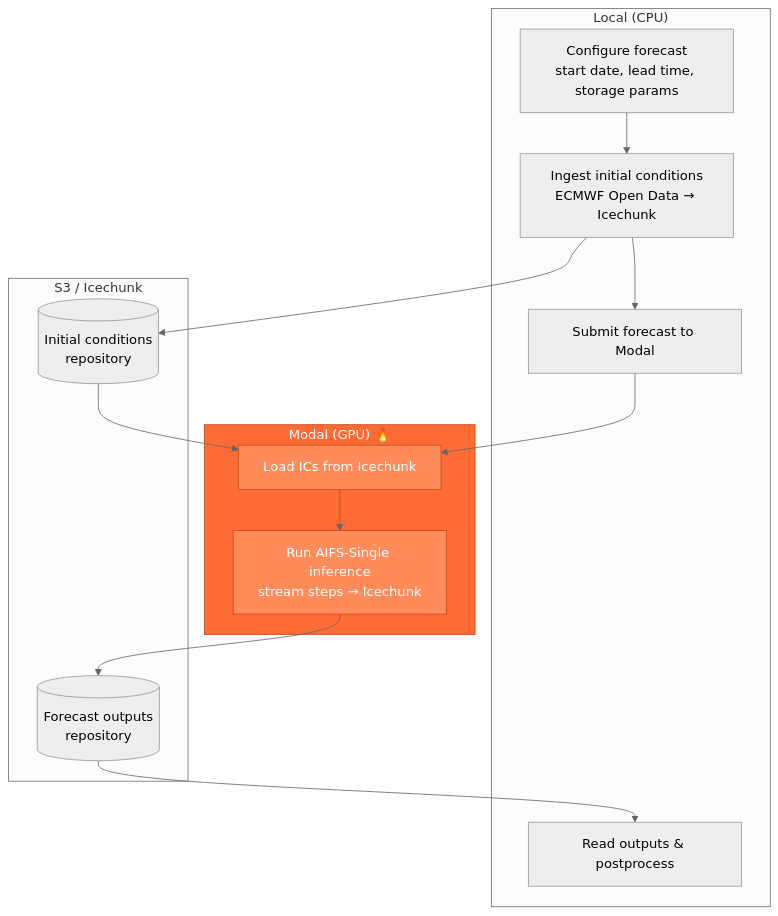
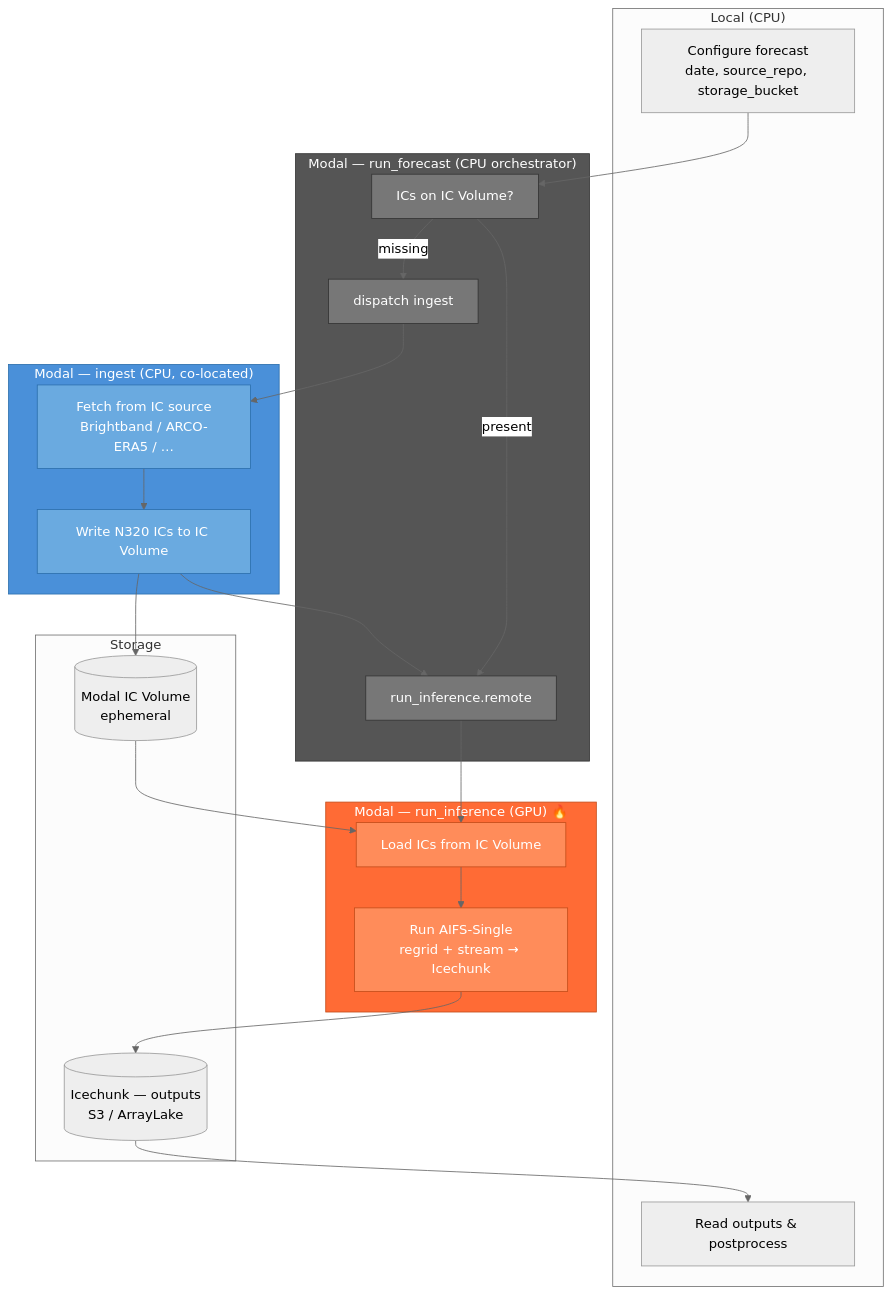
One commit to martibosch/aifs-modal changed the first of 3 diagrams in docs/how-it-works.md. Above: the diagram before and after it, drawn with Mermaid (neutral theme). The commit also changed other lines of this file and 12 other files, not shown here.

````diff
--- a/docs/how-it-works.md
+++ b/docs/how-it-works.md
@@ -19,31 +19,47 @@
 ```{mermaid}
 flowchart TB
     subgraph local ["Local (CPU)"]
-        A[Configure forecast<br/>start date, lead time, storage params]
-        B[Ingest initial conditions<br/>ECMWF Open Data → Icechunk]
-        C[Submit forecast to Modal]
-        F[Read outputs & postprocess]
+        A[Configure forecast<br/>date, source_repo, storage_bucket]
+        J[Read outputs & postprocess]
     end
 
-    subgraph modal ["Modal (GPU) 🔥"]
-        D[Load ICs from Icechunk]
-        E[Run AIFS-Single inference<br/>stream steps → Icechunk]
+    subgraph modal_orch ["Modal — run_forecast (CPU orchestrator)"]
+        B[ICs on IC Volume?]
+        C[dispatch ingest]
+        F[run_inference.remote]
     end
 
-    subgraph storage ["S3 / Icechunk"]
-        IC[(Initial conditions<br/>repository)]
-        OUT[(Forecast outputs<br/>repository)]
+    subgraph modal_ingest ["Modal — ingest (CPU, co-located)"]
+        G[Fetch from IC source<br/>Brightband / ARCO-ERA5 / …]
+        H[Write N320 ICs to IC Volume]
     end
 
-    A --> B --> C
-    B --> IC
-    C --> D
-    IC --> D
-    D --> E
-    E --> OUT
-    OUT --> F
+    subgraph modal_gpu ["Modal — run_inference (GPU) 🔥"]
+        I[Load ICs from IC Volume]
+        K[Run AIFS-Single<br/>regrid + stream → Icechunk]
+    end
 
-    style modal fill:#ff6b35,stroke:#c44d1a,color:#fff
-    style D fill:#ff8c5a,stroke:#c44d1a,color:#fff
-    style E fill:#ff8c5a,stroke:#c44d1a,color:#fff
+    subgraph storage ["Storage"]
+        VOL[(Modal IC Volume<br/>ephemeral)]
+        OUT[(Icechunk — outputs<br/>S3 / ArrayLake)]
+    end
+
+    A --> B
+    B -- "missing" --> C --> G --> H --> VOL
+    H --> F
+    B -- "present" --> F
+    F --> I
+    VOL --> I
+    I --> K --> OUT --> J
+
+    style modal_orch fill:#555,stroke:#333,color:#fff
+    style B fill:#777,stroke:#333,color:#fff
+    style C fill:#777,stroke:#333,color:#fff
+    style F fill:#777,stroke:#333,color:#fff
+    style modal_ingest fill:#4a90d9,stroke:#2c6fad,color:#fff
+    style G fill:#6aaae0,stroke:#2c6fad,color:#fff
+    style H fill:#6aaae0,stroke:#2c6fad,color:#fff
+    style modal_gpu fill:#ff6b35,stroke:#c44d1a,color:#fff
+    style I fill:#ff8c5a,stroke:#c44d1a,color:#fff
+    style K fill:#ff8c5a,stroke:#c44d1a,color:#fff
 ```
````
